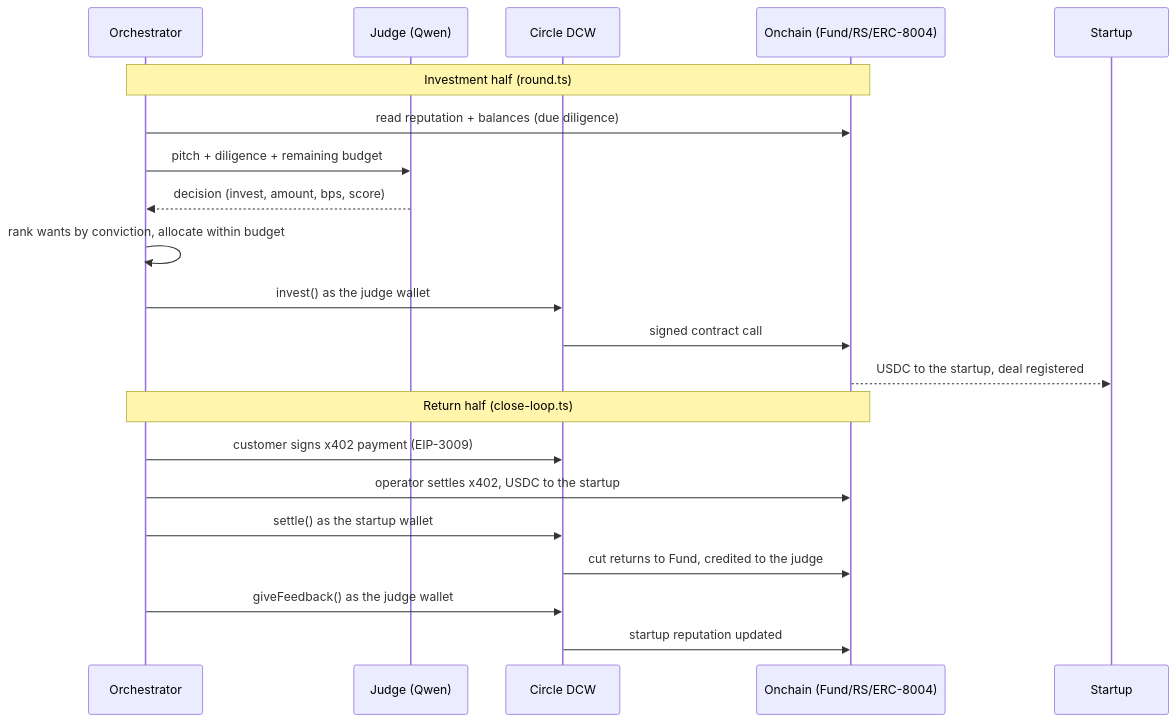
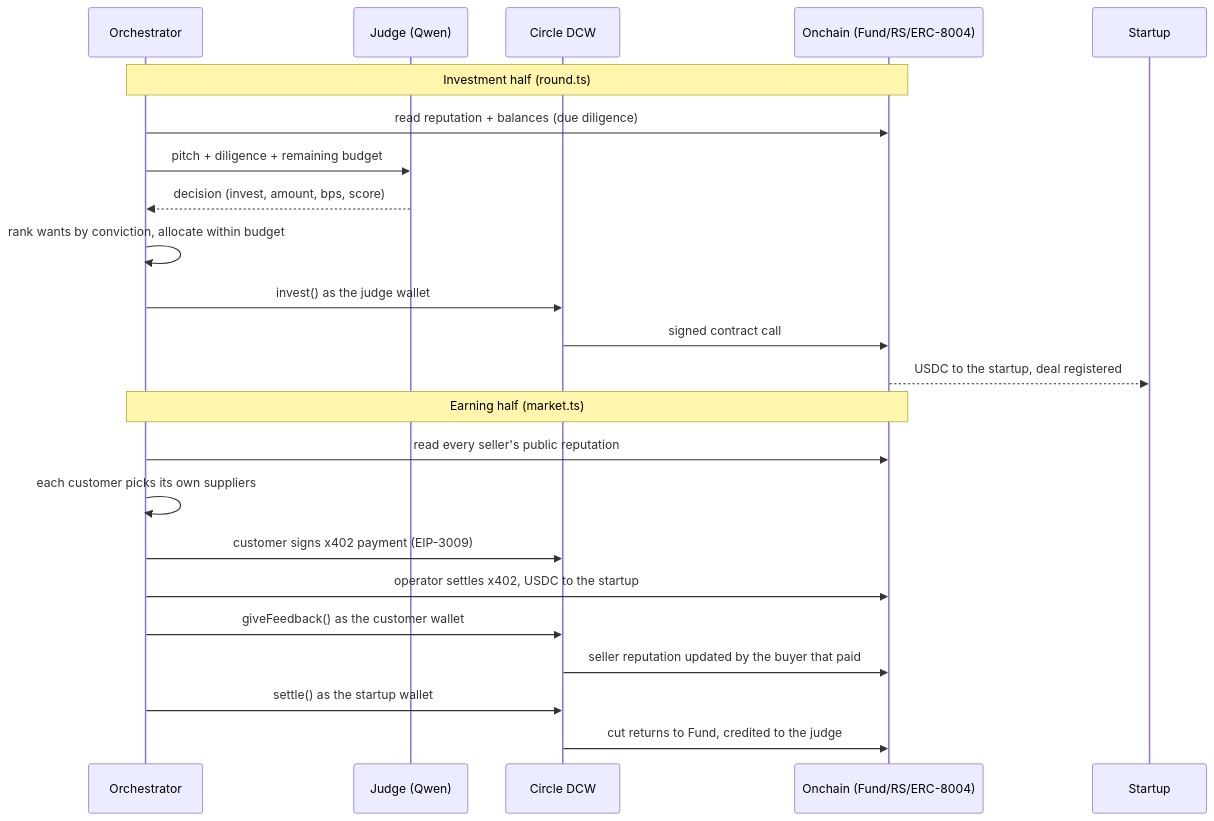
Before and after one commit to Omoboi-dev/Agenture: the second of 2 diagrams in README.md, drawn with Mermaid. The commit also changed other lines of this file, not shown here.

Commit message:
docs: document the customer market and the rating change

````diff
--- a/README.md
+++ b/README.md
@@ -184,25 +199,27 @@
 ```mermaid
 sequenceDiagram
   participant O as Orchestrator
   participant J as Judge (Qwen)
   participant Ci as Circle DCW
   participant C as Onchain (Fund/RS/ERC-8004)
   participant S as Startup
 
   Note over O,C: Investment half (round.ts)
   O->>C: read reputation + balances (due diligence)
   O->>J: pitch + diligence + remaining budget
   J-->>O: decision (invest, amount, bps, score)
   O->>O: rank wants by conviction, allocate within budget
   O->>Ci: invest() as the judge wallet
   Ci->>C: signed contract call
   C-->>S: USDC to the startup, deal registered
 
-  Note over O,C: Return half (close-loop.ts)
+  Note over O,C: Earning half (market.ts)
+  O->>C: read every seller's public reputation
+  O->>O: each customer picks its own suppliers
   O->>Ci: customer signs x402 payment (EIP-3009)
   O->>C: operator settles x402, USDC to the startup
+  O->>Ci: giveFeedback() as the customer wallet
+  Ci->>C: seller reputation updated by the buyer that paid
   O->>Ci: settle() as the startup wallet
   Ci->>C: cut returns to Fund, credited to the judge
-  O->>Ci: giveFeedback() as the judge wallet
-  Ci->>C: startup reputation updated
 ```
````
